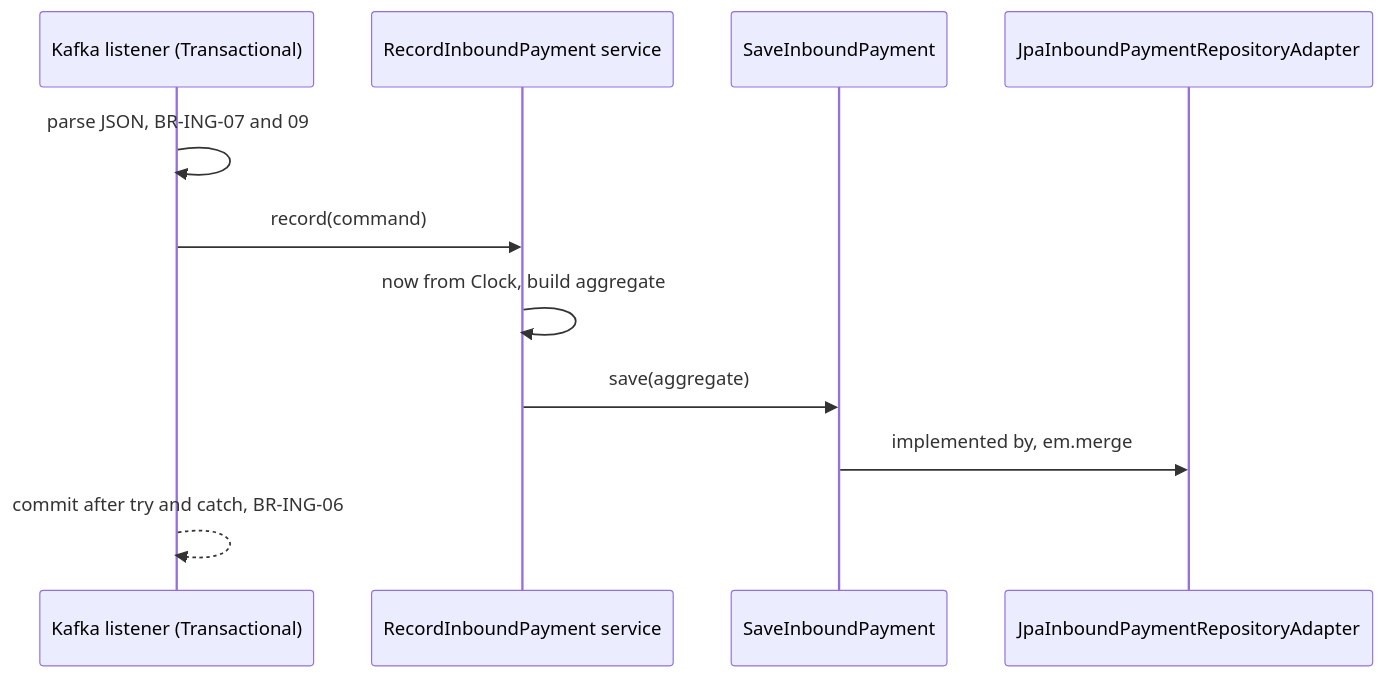
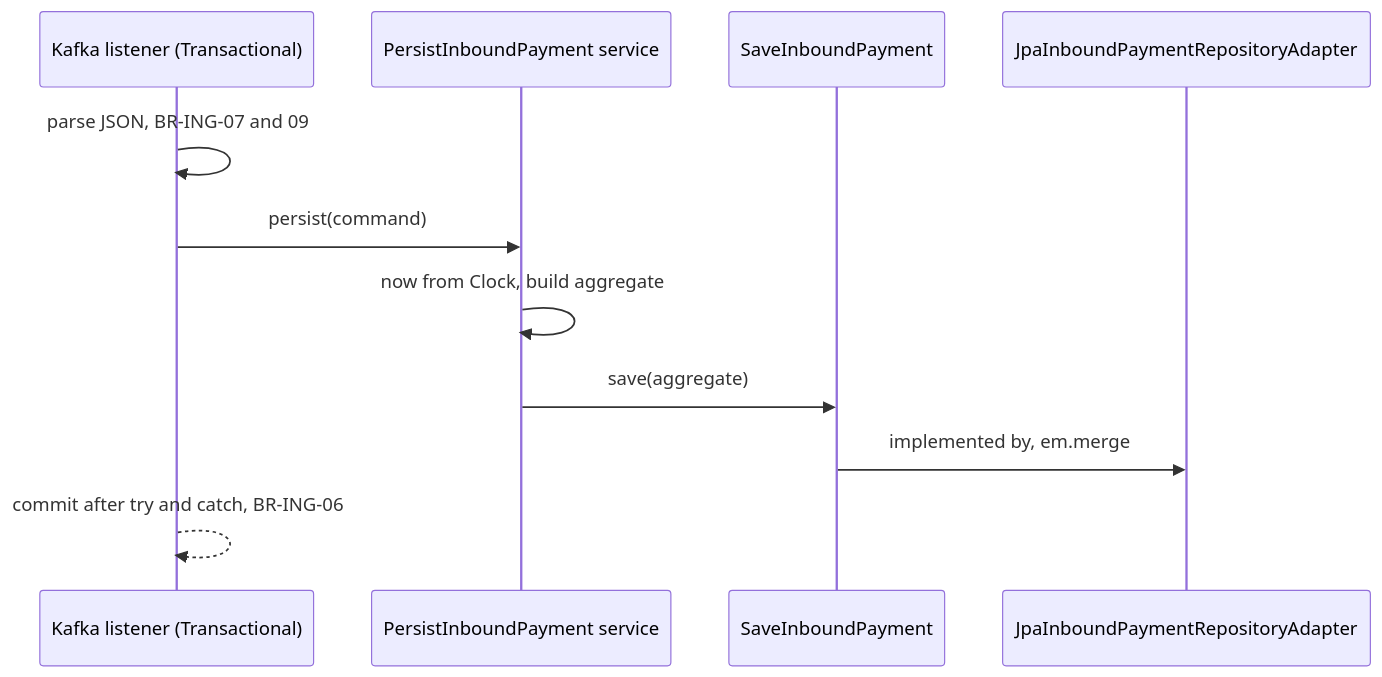
One commit to kevin-llps/payments-hexagonal-architecture-migration-challenge changed the eighth of 9 diagrams in realistic-mess-based-on-jpa-entities-challenge/docs/migration-2026-11-12/isolated-domain-design.md. Above: the diagram before and after it, drawn with Mermaid. The commit also changed other lines of this file and 9 other files, not shown here.

Commit message:
refactor(jpa): rename Record input ports to Persist in the Suspended context

````diff
--- a/realistic-mess-based-on-jpa-entities-challenge/docs/migration-2026-11-12/isolated-domain-design.md
+++ b/realistic-mess-based-on-jpa-entities-challenge/docs/migration-2026-11-12/isolated-domain-design.md
@@ -743,13 +743,13 @@
 ```mermaid
 sequenceDiagram
     participant K as Kafka listener (Transactional)
-    participant R as RecordInboundPayment service
+    participant R as PersistInboundPayment service
     participant S as SaveInboundPayment
     participant J as JpaInboundPaymentRepositoryAdapter
     K->>K: parse JSON, BR-ING-07 and 09
-    K->>R: record(command)
+    K->>R: persist(command)
     R->>R: now from Clock, build aggregate
     R->>S: save(aggregate)
     S->>J: implemented by, em.merge
     K-->>K: commit after try and catch, BR-ING-06
 ```
````
